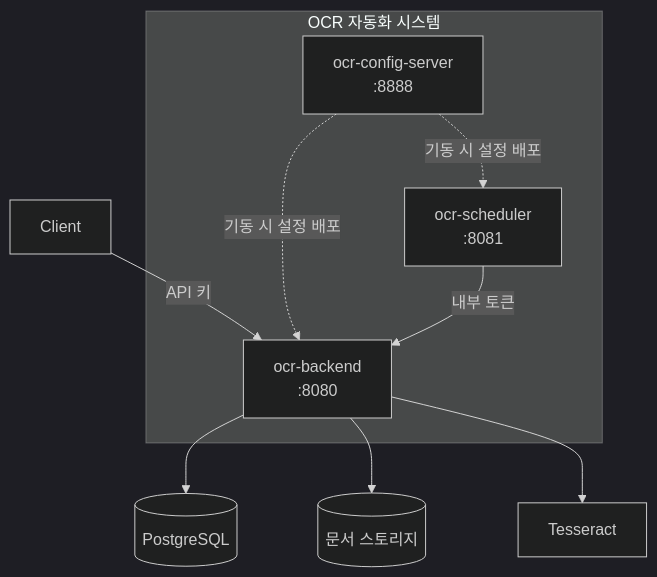
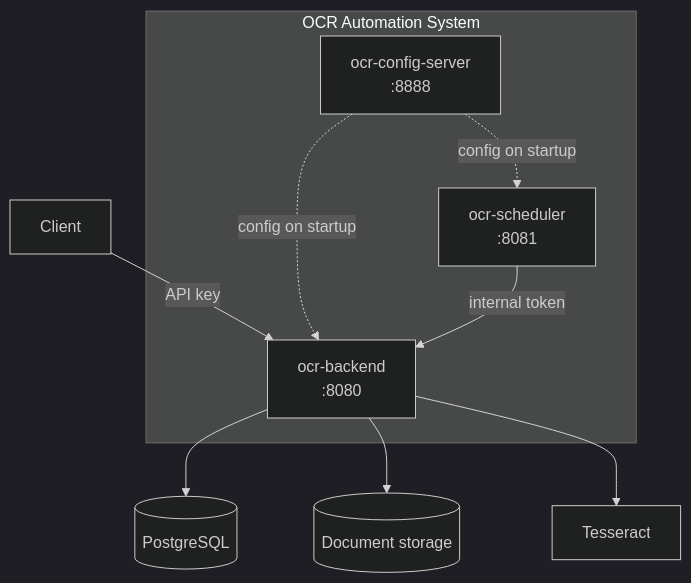
One commit to hyunolike/ai.ocr-automation.system changed the first of 2 diagrams in README.md. Above: the diagram before and after it, drawn with Mermaid (dark theme). The commit also changed other lines of this file and 3 other files, not shown here.

````diff
--- a/README.md
+++ b/README.md
@@ -32,17 +34,17 @@
 ```mermaid
 flowchart TB
-    C["Client"] -->|"API 키"| BE
+    C["Client"] -->|"API key"| BE
 
-    subgraph SYS["OCR 자동화 시스템"]
+    subgraph SYS["OCR Automation System"]
         CS["ocr-config-server<br/>:8888"]
         BE["ocr-backend<br/>:8080"]
         SCH["ocr-scheduler<br/>:8081"]
     end
 
-    CS -.->|"기동 시 설정 배포"| BE
-    CS -.->|"기동 시 설정 배포"| SCH
-    SCH -->|"내부 토큰"| BE
+    CS -.->|"config on startup"| BE
+    CS -.->|"config on startup"| SCH
+    SCH -->|"internal token"| BE
     BE --> DB[("PostgreSQL")]
-    BE --> FS[("문서 스토리지")]
+    BE --> FS[("Document storage")]
     BE --> OCR["Tesseract"]
 ```
````
